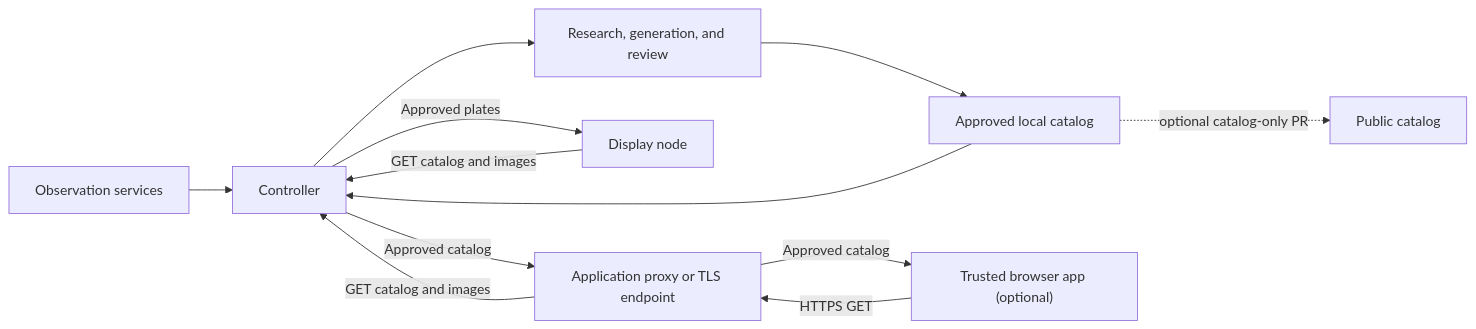
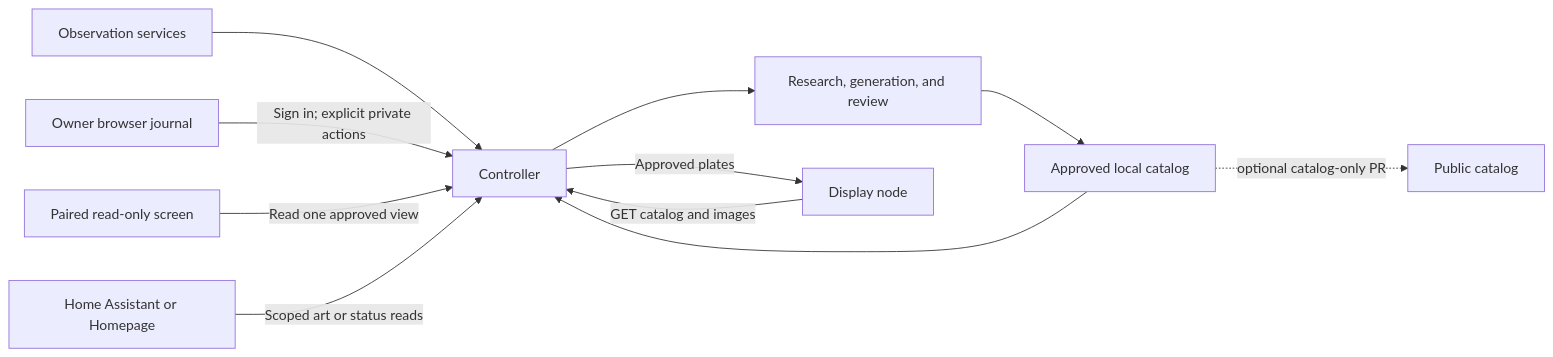
One commit to veteranbv/inky-bird-frame changed the diagram in docs/architecture.md. Above: the diagram before and after it, drawn with Mermaid. The commit also changed other lines of this file and 92 other files, not shown here.

First line of the commit message:
feat: complete the Inky browser journal experience (#313)

````diff
--- a/docs/architecture.md
+++ b/docs/architecture.md
@@ -10,14 +10,13 @@
 ```mermaid
 flowchart LR
     S["Observation services"] --> C["Controller"]
     C --> R["Research, generation, and review"]
     R --> A["Approved local catalog"]
     A --> C
     D["Display node"] -- "GET catalog and images" --> C
     C -- "Approved plates" --> D
-    B["Trusted browser app (optional)"] -- "HTTPS GET" --> X["Application proxy or TLS endpoint"]
-    X -- "GET catalog and images" --> C
-    C -- "Approved catalog" --> X
-    X -- "Approved catalog" --> B
+    B["Owner browser journal"] -- "Sign in; explicit private actions" --> C
+    V["Paired read-only screen"] -- "Read one approved view" --> C
+    H["Home Assistant or Homepage"] -- "Scoped art or status reads" --> C
     A -. "optional catalog-only PR" .-> P["Public catalog"]
 ```
````
